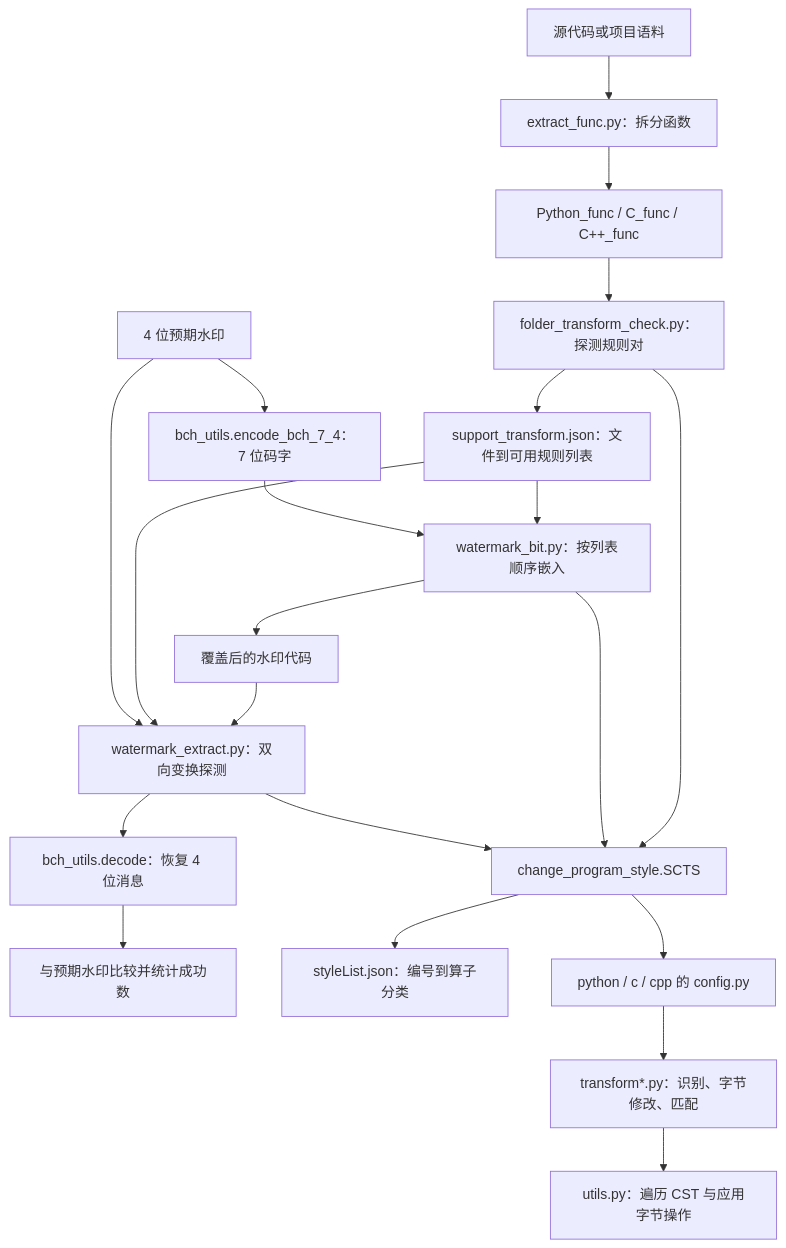
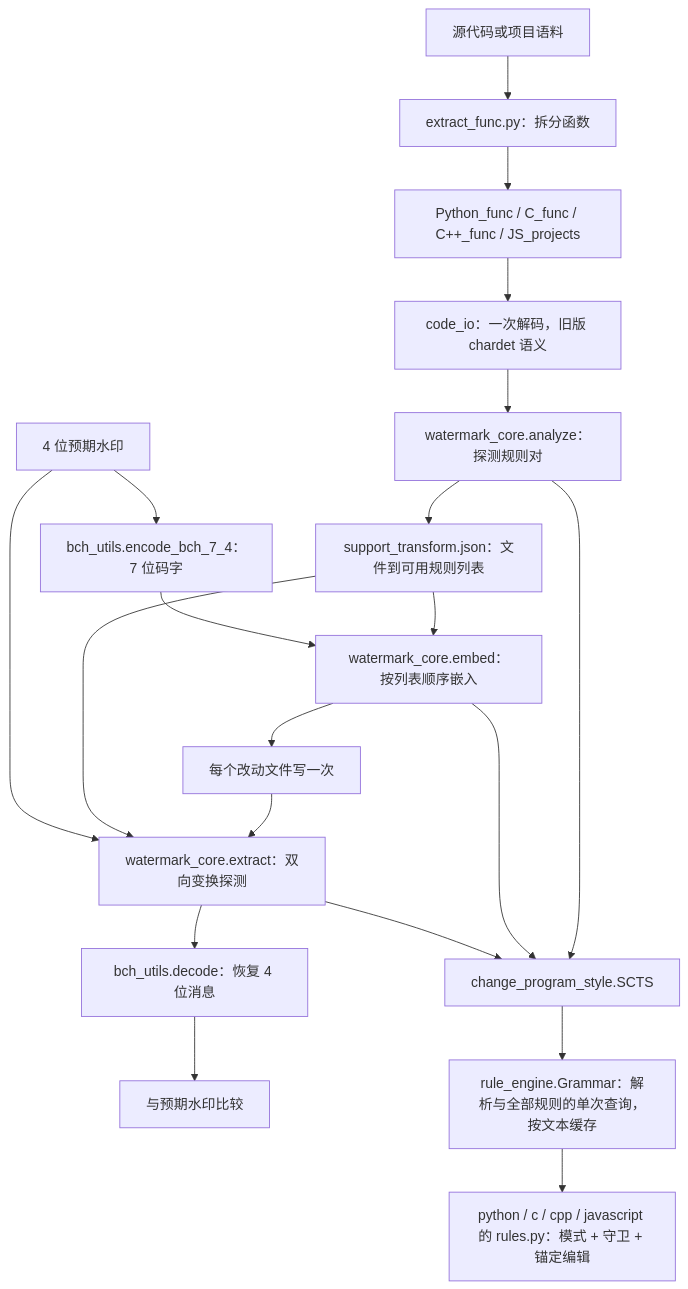
The diagram in docs/CODE_MAP.md (Noelle1831-k/CLLMark-legacy), drawn with Mermaid before and after one commit. The commit also changed other lines of this file and 1150 other files, not shown here.

````diff
--- a/docs/CODE_MAP.md
+++ b/docs/CODE_MAP.md
@@ -9,23 +9,22 @@
 ```mermaid
 flowchart TD
     Input[源代码或项目语料] --> Extract[extract_func.py：拆分函数]
-    Extract --> Corpus[Python_func / C_func / C++_func]
-    Corpus --> Analyze[folder_transform_check.py：探测规则对]
+    Extract --> Corpus[Python_func / C_func / C++_func / JS_projects]
+    Corpus --> IO[code_io：一次解码，旧版 chardet 语义]
+    IO --> Analyze[watermark_core.analyze：探测规则对]
     Analyze --> Support[support_transform.json：文件到可用规则列表]
-    Support --> Embed[watermark_bit.py：按列表顺序嵌入]
+    Support --> Embed[watermark_core.embed：按列表顺序嵌入]
     Bits[4 位预期水印] --> BCHEnc[bch_utils.encode_bch_7_4：7 位码字]
     BCHEnc --> Embed
-    Embed --> Marked[覆盖后的水印代码]
-    Marked --> Detect[watermark_extract.py：双向变换探测]
+    Embed --> Marked[每个改动文件写一次]
+    Marked --> Detect[watermark_core.extract：双向变换探测]
     Support --> Detect
     Bits --> Detect
     Detect --> BCHDec[bch_utils.decode：恢复 4 位消息]
-    BCHDec --> Compare[与预期水印比较并统计成功数]
+    BCHDec --> Compare[与预期水印比较]
     Analyze --> SCTS[change_program_style.SCTS]
     Embed --> SCTS
     Detect --> SCTS
-    SCTS --> Style[styleList.json：编号到算子分类]
-    SCTS --> Registry[python / c / cpp 的 config.py]
-    Registry --> Operators[transform*.py：识别、字节修改、匹配]
-    Operators --> Utils[utils.py：遍历 CST 与应用字节操作]
+    SCTS --> Grammar[rule_engine.Grammar：解析与全部规则的单次查询，按文本缓存]
+    Grammar --> Rules[python / c / cpp / javascript 的 rules.py：模式 + 守卫 + 锚定编辑]
 ```
````
